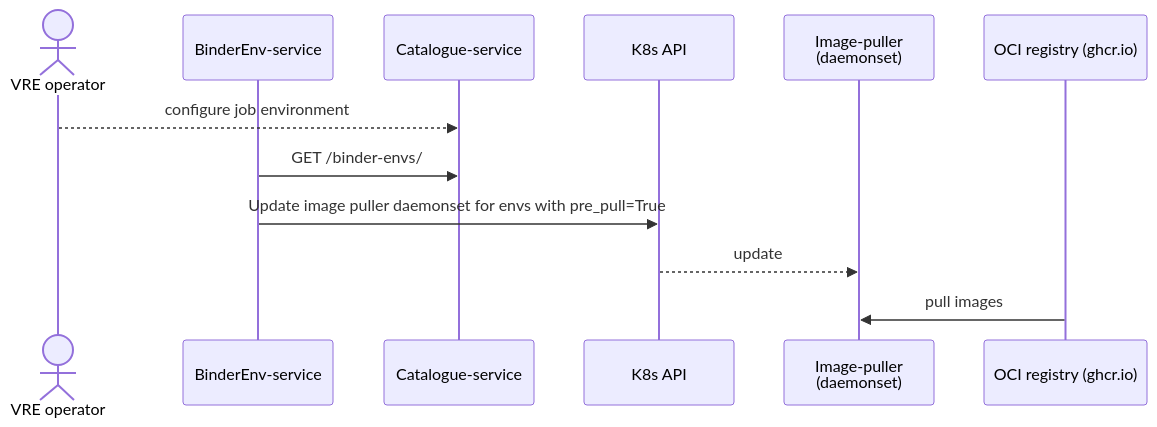
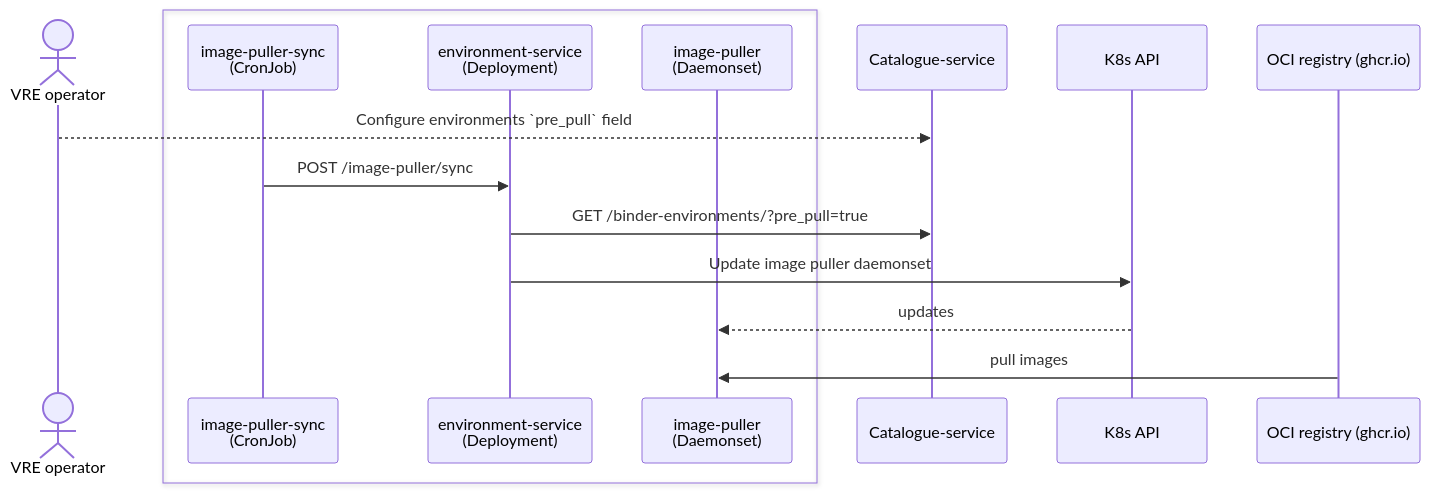
Before and after one commit to NaaVRE/NaaVRE-architecture: the diagram in diagrams/binder_lifecycle/seq-vre-ops-maintain-images.mermaid, drawn with Mermaid.

Commit message:
update binder seq-vre-ops-maintain-image diagram to reflect implementation

```diff
--- a/diagrams/binder_lifecycle/seq-vre-ops-maintain-images.mermaid
+++ b/diagrams/binder_lifecycle/seq-vre-ops-maintain-images.mermaid
@@ -1,12 +1,16 @@
 sequenceDiagram
     actor VREOps as VRE operator
-    participant EnvService as BinderEnv-service
+    box
+    participant Cron as image-puller-sync<br>(CronJob)
+    participant EnvService as environment-service<br>(Deployment)
+    participant Puller as image-puller<br>(Daemonset)
+    end
     participant Cat as Catalogue-service
     participant k8s as K8s API
-    participant Puller as Image-puller<br>(daemonset)
     participant GHCR as OCI registry (ghcr.io)
-    VREOps -->> Cat: configure job environment
-    EnvService ->> Cat: GET /binder-envs/
-    EnvService ->> k8s: Update image puller daemonset for envs with pre_pull=True
-    k8s -->> Puller: update
+    VREOps -->> Cat: Configure environments `pre_pull` field
+    Cron ->> EnvService: POST /image-puller/sync
+    EnvService ->> Cat: GET /binder-environments/?pre_pull=true
+    EnvService ->> k8s: Update image puller daemonset
+    k8s -->> Puller: updates
     GHCR ->> Puller: pull images
```
